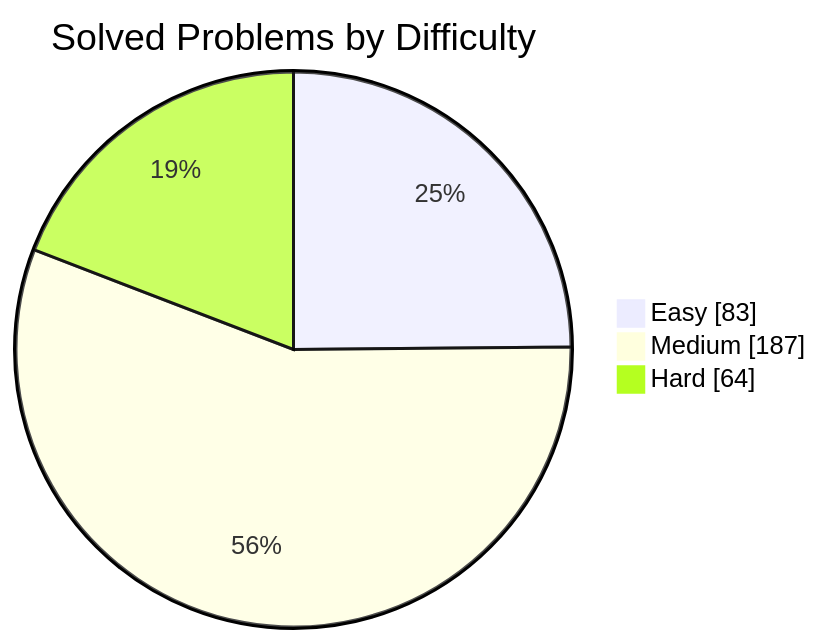
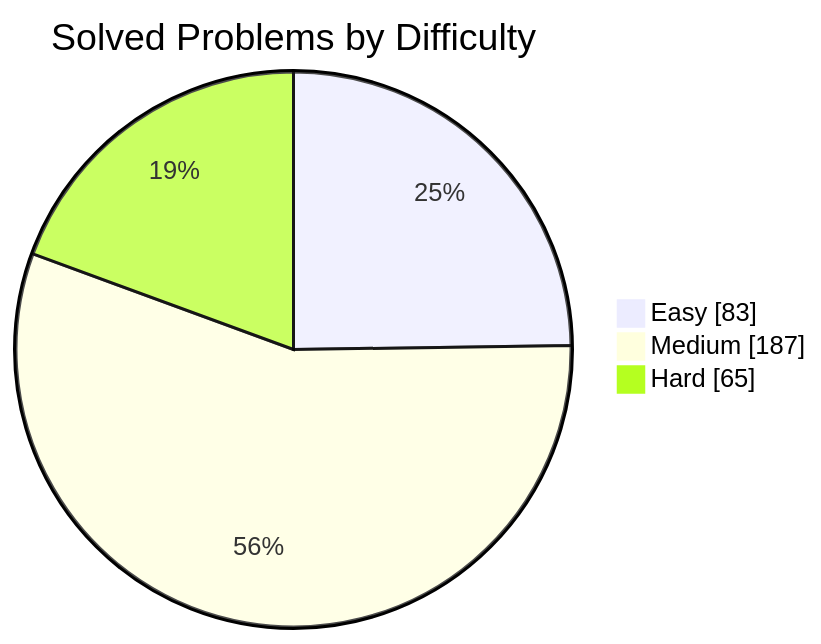
Before and after one commit to manikantbindass/DSA-Preparation-FAANG: the first of 2 diagrams in README.md, drawn with Mermaid. The commit also changed other lines of this file and 3 other files, not shown here.

````diff
--- a/README.md
+++ b/README.md
@@ -77,7 +77,7 @@
 ```mermaid
 pie showData
     title Solved Problems by Difficulty
     "Easy" : 83
     "Medium" : 187
-    "Hard" : 64
+    "Hard" : 65
 ```
````
